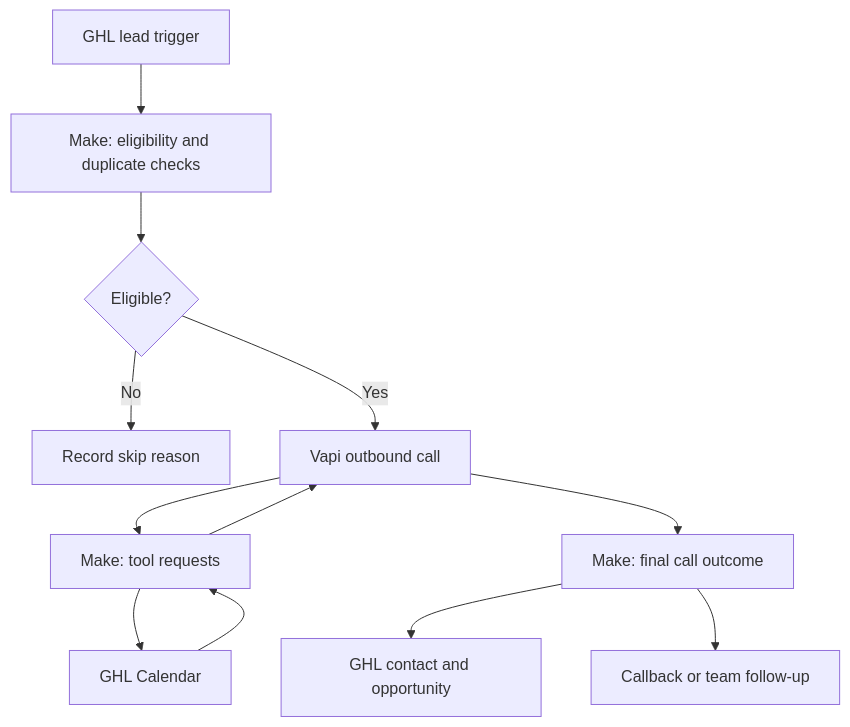
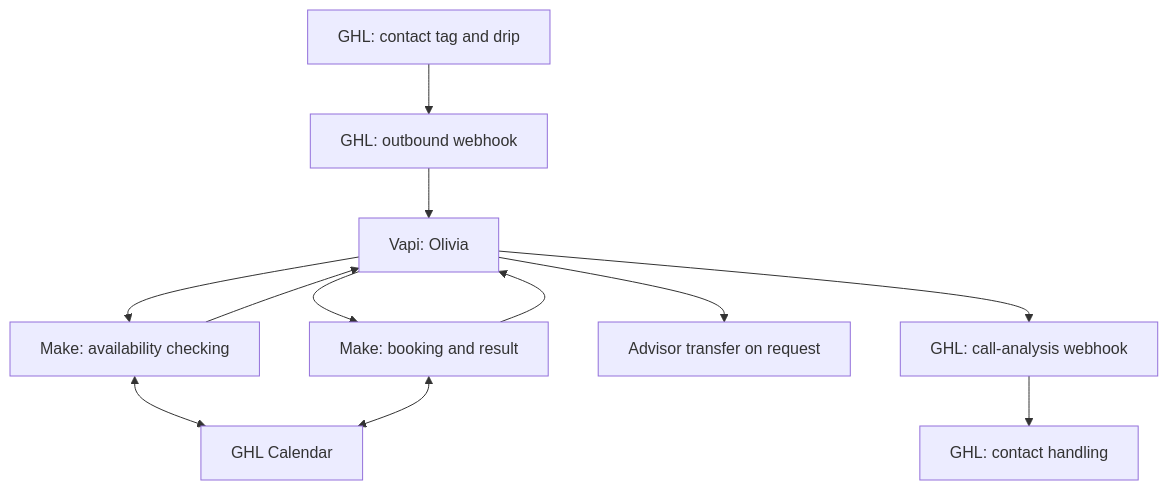
Before and after one commit to kennizautomation/ai-outbound-calling-agent: the diagram in README.md, drawn with Mermaid. The commit also changed other lines of this file and 17 other files, not shown here.

Commit message:
Document actual GHL routing and Olivia prompt with eight redacted screenshots

````diff
--- a/README.md
+++ b/README.md
@@ -22,14 +17,14 @@
 ```mermaid
 flowchart TD
-    A["GHL lead trigger"] --> B["Make: eligibility and duplicate checks"]
-    B --> C{"Eligible?"}
-    C -->|No| D["Record skip reason"]
-    C -->|Yes| E["Vapi outbound call"]
-    E --> F["Make: tool requests"]
-    F --> G["GHL Calendar"]
-    G --> F
-    F --> E
-    E --> H["Make: final call outcome"]
-    H --> I["GHL contact and opportunity"]
-    H --> J["Callback or team follow-up"]
+    A["GHL: contact tag and drip"] --> B["GHL: outbound webhook"]
+    B --> C["Vapi: Olivia"]
+    C --> D["Make: availability checking"]
+    D <--> E["GHL Calendar"]
+    D --> C
+    C --> F["Make: booking and result"]
+    F <--> E
+    F --> C
+    C --> G["Advisor transfer on request"]
+    C --> H["GHL: call-analysis webhook"]
+    H --> I["GHL: contact handling"]
 ```
````
